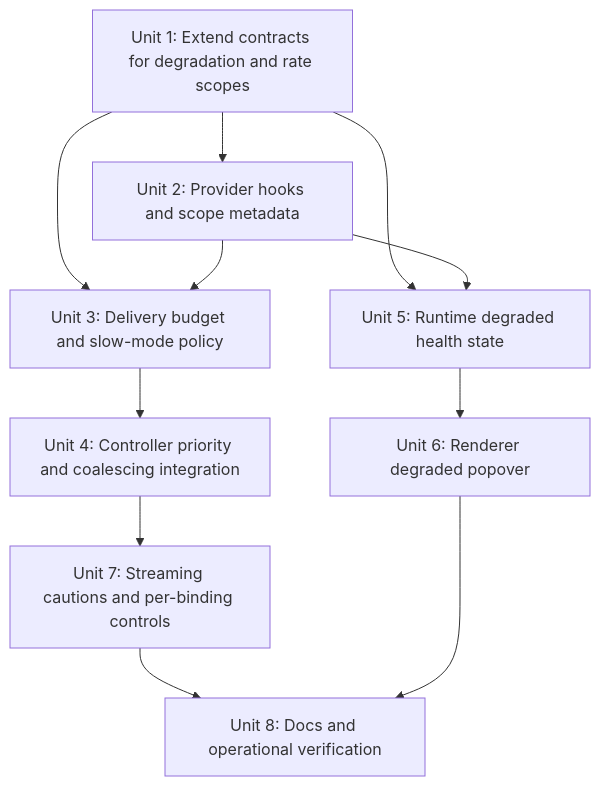
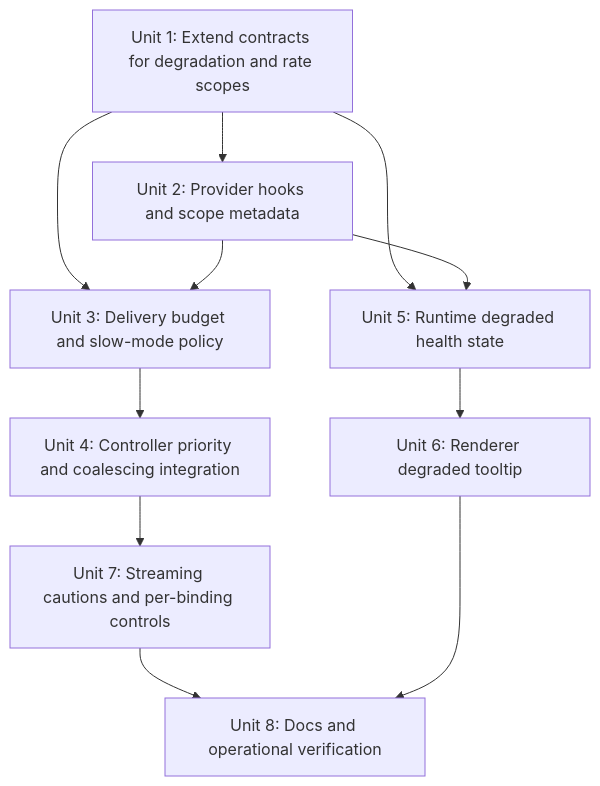
Before and after one commit to pwrdrvr/PwrAgent: the second of 3 diagrams in docs/plans/2026-05-09-001-feat-messaging-rate-limit-slow-mode-plan.md, drawn with Mermaid. The commit also changed other lines of this file and 23 other files, not shown here.

````diff
--- a/docs/plans/2026-05-09-001-feat-messaging-rate-limit-slow-mode-plan.md
+++ b/docs/plans/2026-05-09-001-feat-messaging-rate-limit-slow-mode-plan.md
@@ -145,13 +145,13 @@
 ```mermaid
 flowchart TB
   U1["Unit 1: Extend contracts for degradation and rate scopes"] --> U2["Unit 2: Provider hooks and scope metadata"]
   U1 --> U3["Unit 3: Delivery budget and slow-mode policy"]
   U2 --> U3
   U3 --> U4["Unit 4: Controller priority and coalescing integration"]
   U1 --> U5["Unit 5: Runtime degraded health state"]
   U2 --> U5
-  U5 --> U6["Unit 6: Renderer degraded popover"]
+  U5 --> U6["Unit 6: Renderer degraded tooltip"]
   U4 --> U7["Unit 7: Streaming cautions and per-binding controls"]
   U7 --> U8["Unit 8: Docs and operational verification"]
   U6 --> U8
 ```
````
